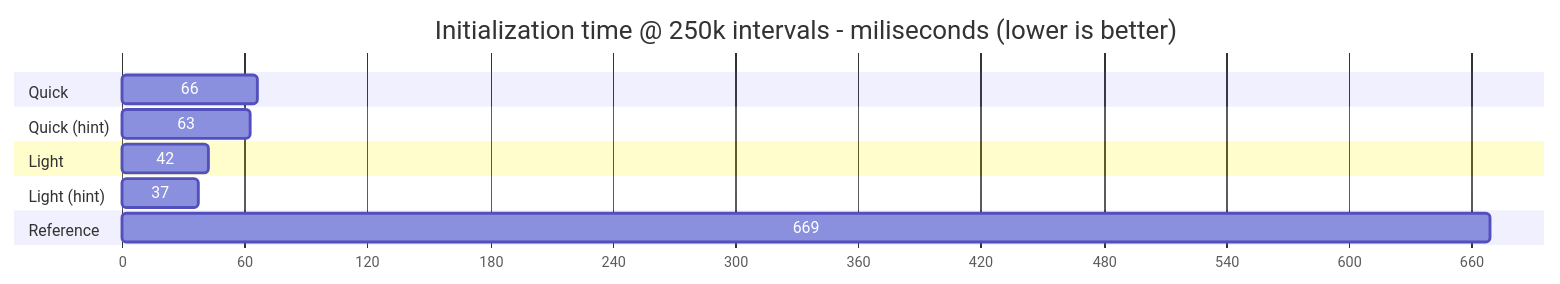
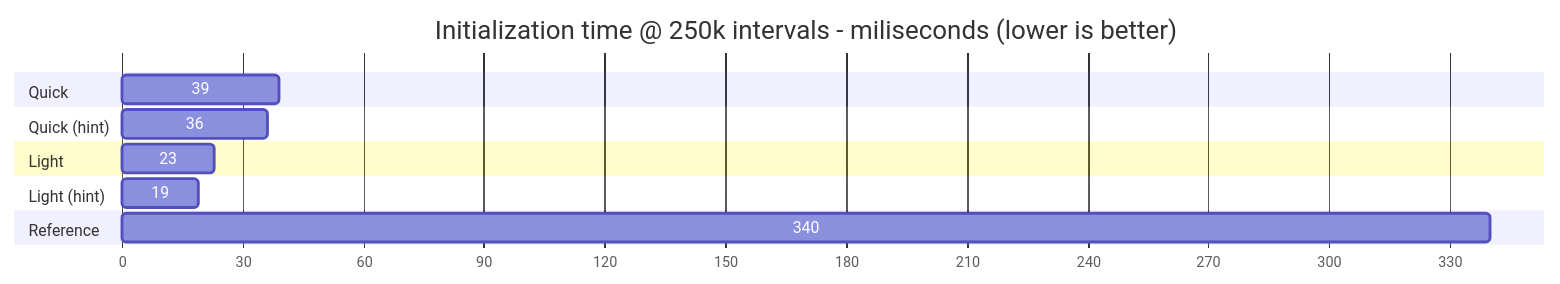
The second of 3 diagrams in README.md (jamarino/IntervalTree), drawn with Mermaid before and after one commit. The commit also changed other lines of this file and 1 other file, not shown here.

````diff
--- a/README.md
+++ b/README.md
@@ -57,17 +57,17 @@
 ```mermaid
 gantt
     title Initialization time @ 250k intervals - miliseconds (lower is better) 
     dateFormat X
     axisFormat %s
 
     section Quick
-    66 : 0, 66
+    39 : 0, 39
     section Quick (hint)
-    63 : 0, 63
+    36 : 0, 36
     section Light
-    42 : 0, 42
+    23 : 0, 23
     section Light (hint)
-    37 : 0, 37
+    19 : 0, 19
     section Reference
-    669  : 0, 669
+    340 : 0, 340
 ```
````
